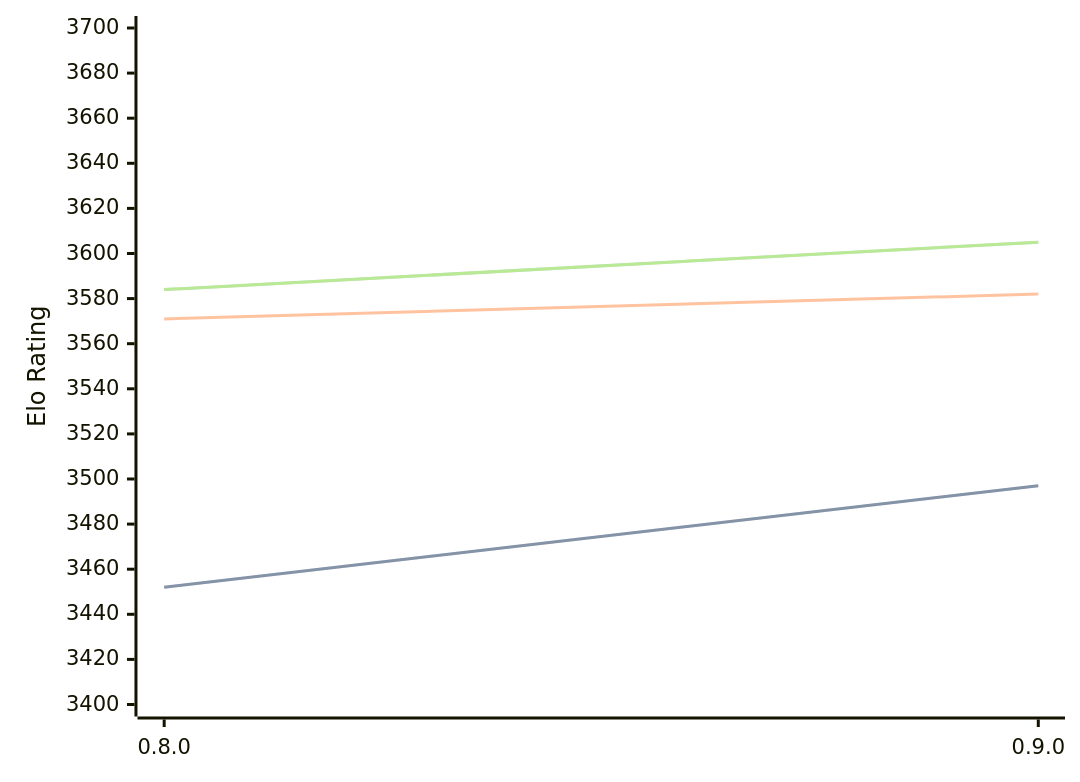
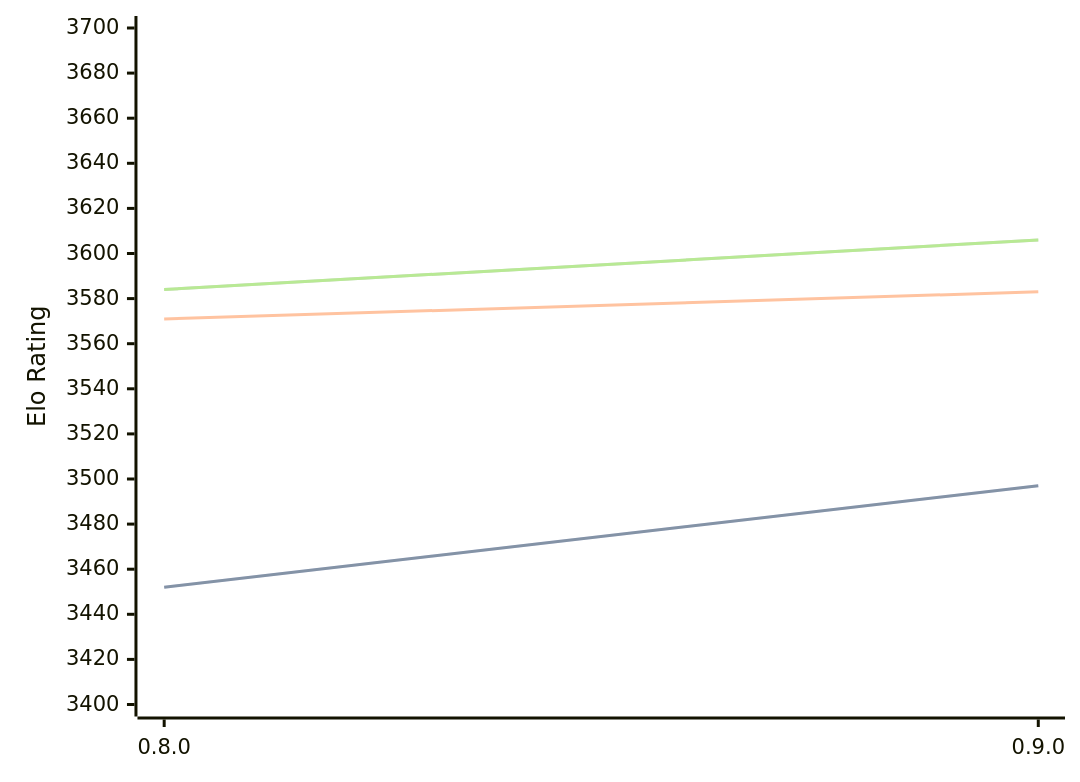
Before and after one commit to computer-chess-index/cci: the diagram in engines/Reckless.md, drawn with Mermaid. The commit also changed other lines of this file, not shown here.

Commit message:
Update CCI Ratings (ELO VLTC) - 2026-09-27

````diff
--- a/engines/Reckless.md
+++ b/engines/Reckless.md
@@ -32,11 +32,11 @@
 ```mermaid
 %%{init: {"theme":"base","themeVariables":{"seriesColors:['#a3a3a3','#222221','#faa371']}}}%%
 xychart-beta
   x-axis ["0.8.0", "0.9.0"]
   y-axis "Elo Rating" 3400 --> 3700
   line "" [3452, 3497]
   line "STC (8.0+0.08s)" [3452, 3497]
-  line "LTC (60.0+0.60s)" [3571, 3582]
-  line "" [3584, 3605]
-  line "VLTC (2m24s+1.12s)" [3584, 3605]
+  line "LTC (60.0+0.60s)" [3571, 3583]
+  line "" [3584, 3606]
+  line "VLTC (2m24s+1.12s)" [3584, 3606]
 ```
````
